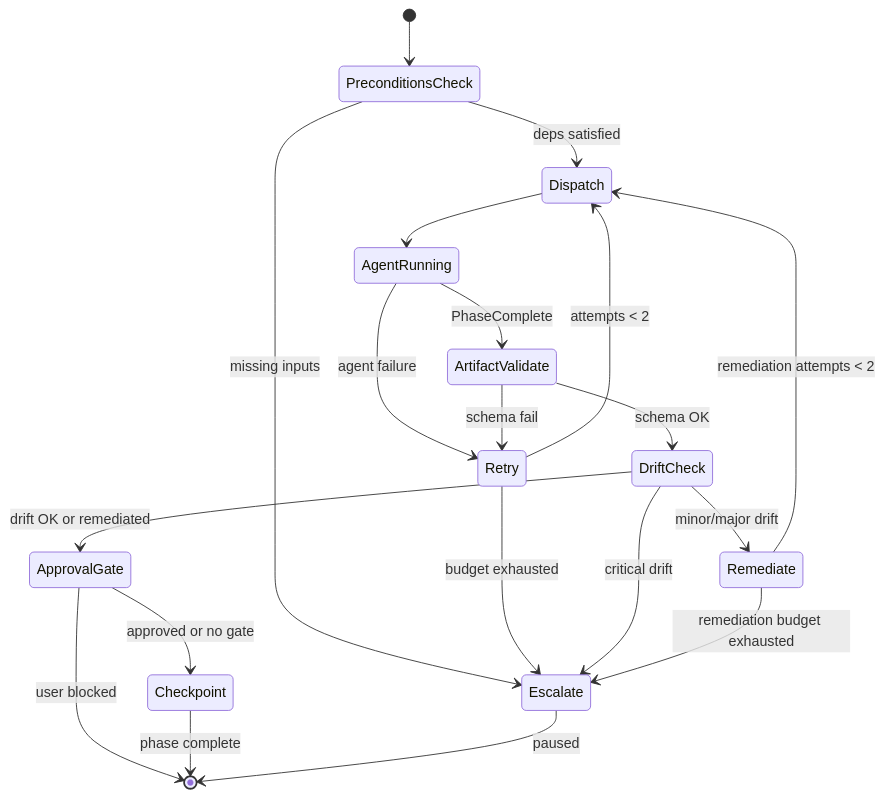
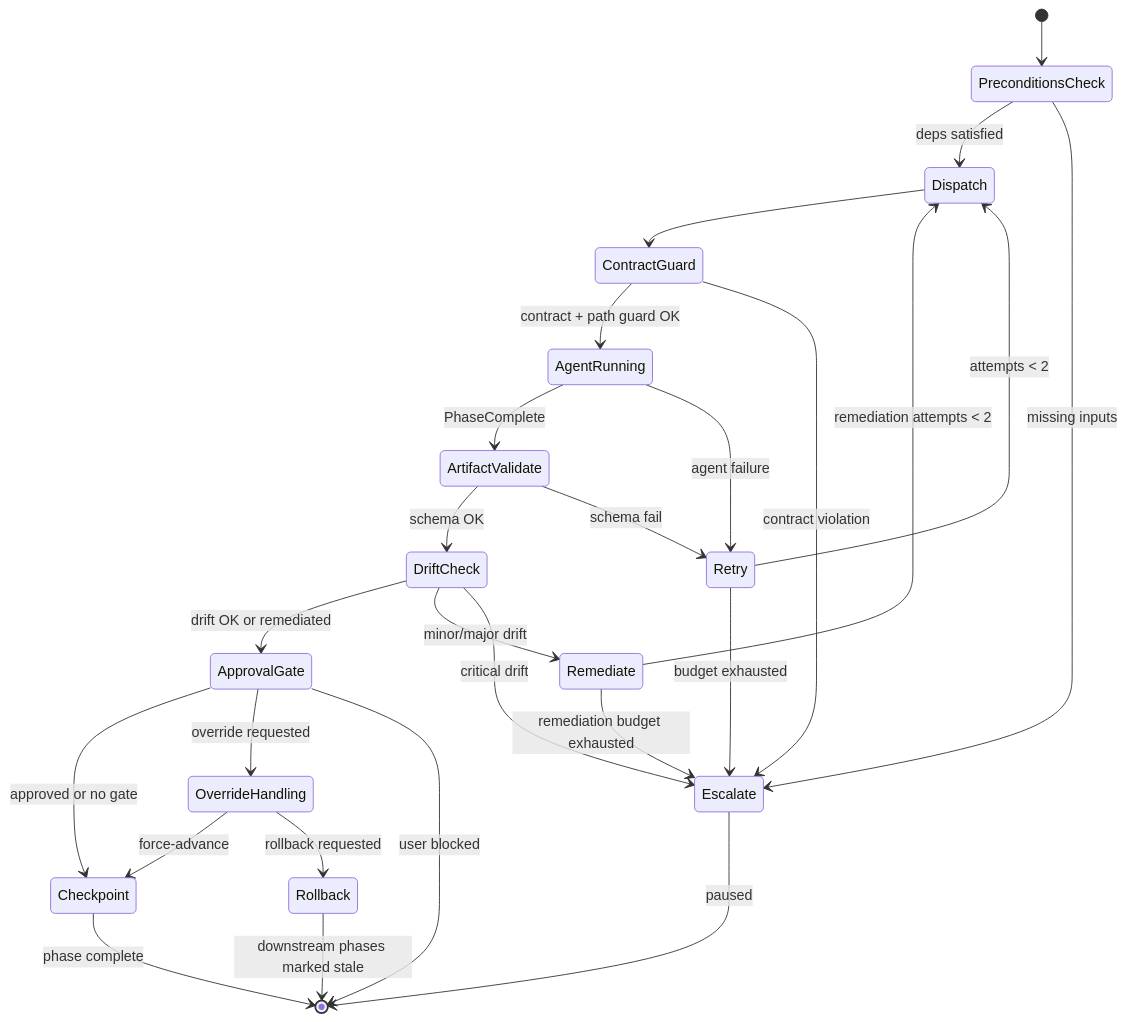
The fourth of 8 diagrams in docs/architecture.md (aai-pai/anvil-coding-agent), drawn with Mermaid before and after one commit. The commit also changed other lines of this file and 1 other file, not shown here.

Commit message:
[ARCHITECTURE] Align spec and architecture docs

````diff
--- a/docs/architecture.md
+++ b/docs/architecture.md
@@ -408,22 +437,28 @@
 ```mermaid
 stateDiagram-v2
     [*] --> PreconditionsCheck
     PreconditionsCheck --> Dispatch: deps satisfied
     PreconditionsCheck --> Escalate: missing inputs
-    Dispatch --> AgentRunning
+    Dispatch --> ContractGuard
+    ContractGuard --> AgentRunning: contract + path guard OK
+    ContractGuard --> Escalate: contract violation
     AgentRunning --> ArtifactValidate: PhaseComplete
     AgentRunning --> Retry: agent failure
     Retry --> Dispatch: attempts < 2
     Retry --> Escalate: budget exhausted
     ArtifactValidate --> DriftCheck: schema OK
     ArtifactValidate --> Retry: schema fail
     DriftCheck --> ApprovalGate: drift OK or remediated
     DriftCheck --> Remediate: minor/major drift
     DriftCheck --> Escalate: critical drift
     Remediate --> Dispatch: remediation attempts < 2
     Remediate --> Escalate: remediation budget exhausted
     ApprovalGate --> Checkpoint: approved or no gate
+    ApprovalGate --> OverrideHandling: override requested
+    OverrideHandling --> Checkpoint: force-advance
+    OverrideHandling --> Rollback: rollback requested
+    Rollback --> [*]: downstream phases marked stale
     ApprovalGate --> [*]: user blocked
     Checkpoint --> [*]: phase complete
     Escalate --> [*]: paused
 ```
````
